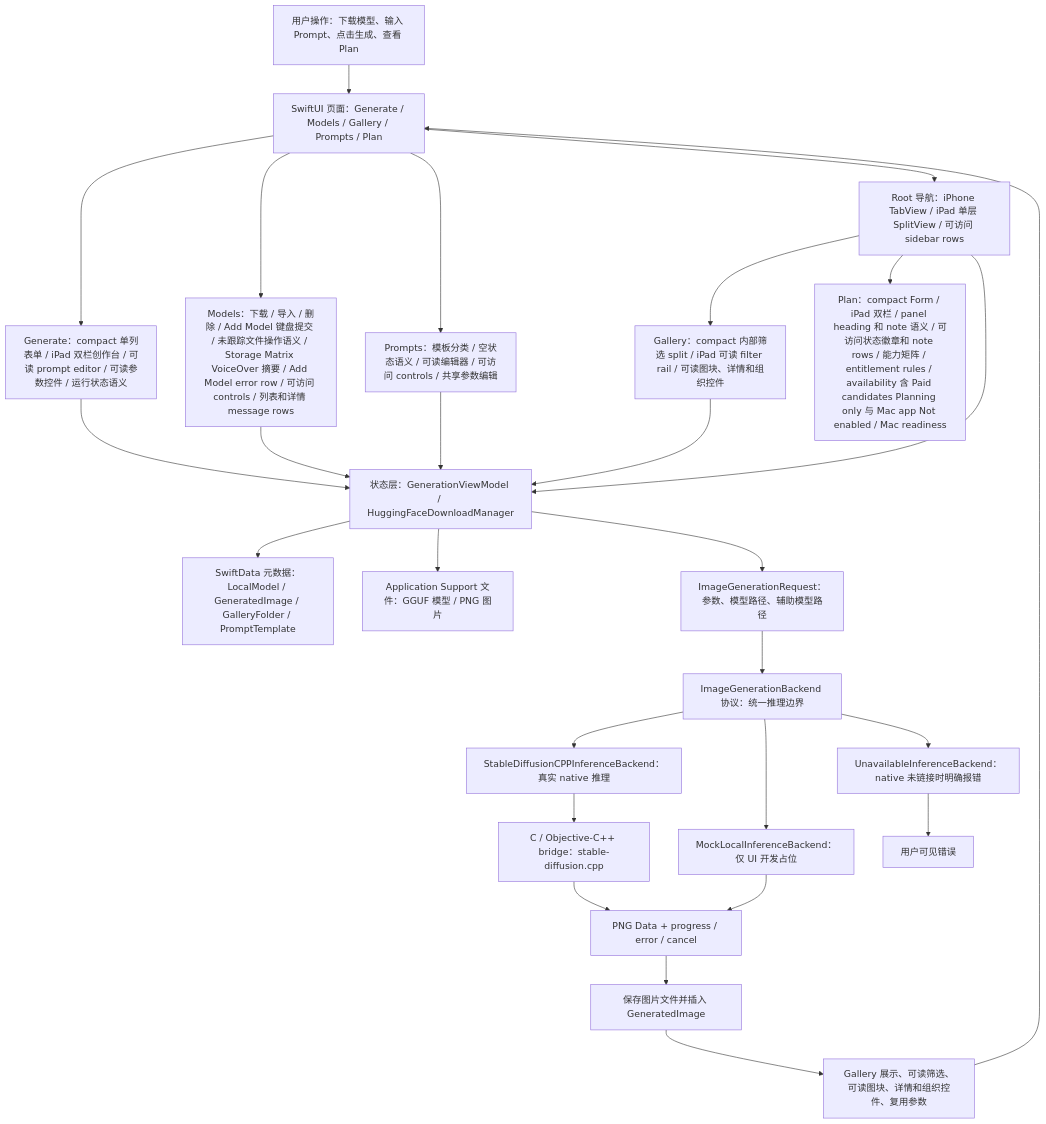
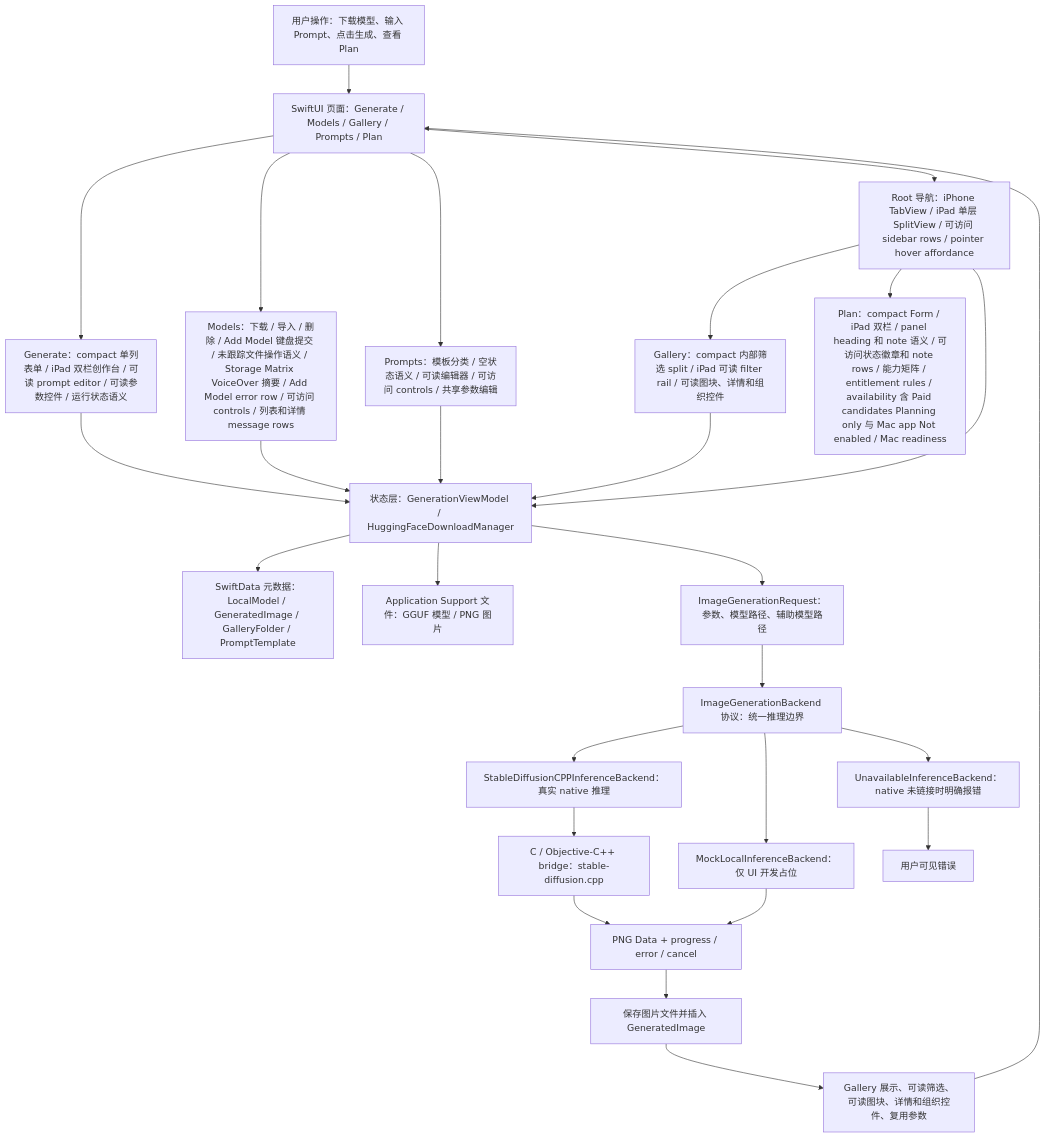
One commit to Altman-sam114/118 changed the first of 7 diagrams in md/flow/flowchart.md. Above: the diagram before and after it, drawn with Mermaid. The commit also changed 6 other files, not shown here.

First line of the commit message:
v1.34: iPad pointer hover baseline

````diff
--- a/md/flow/flowchart.md
+++ b/md/flow/flowchart.md
@@ -9,29 +9,29 @@
 ```mermaid
 flowchart TD
   U["用户操作：下载模型、输入 Prompt、点击生成、查看 Plan"] --> UI["SwiftUI 页面：Generate / Models / Gallery / Prompts / Plan"]
   UI --> GENUI["Generate：compact 单列表单 / iPad 双栏创作台 / 可读 prompt editor / 可读参数控件 / 运行状态语义"]
   UI --> MODELUI["Models：下载 / 导入 / 删除 / Add Model 键盘提交 / 未跟踪文件操作语义 / Storage Matrix VoiceOver 摘要 / Add Model error row / 可访问 controls / 列表和详情 message rows"]
   UI --> PROMPTUI["Prompts：模板分类 / 空状态语义 / 可读编辑器 / 可访问 controls / 共享参数编辑"]
-  UI --> NAV["Root 导航：iPhone TabView / iPad 单层 SplitView / 可访问 sidebar rows"]
+  UI --> NAV["Root 导航：iPhone TabView / iPad 单层 SplitView / 可访问 sidebar rows / pointer hover affordance"]
   NAV --> GALUI["Gallery：compact 内部筛选 split / iPad 可读 filter rail / 可读图块、详情和组织控件"]
   NAV --> PLANUI["Plan：compact Form / iPad 双栏 / panel heading 和 note 语义 / 可访问状态徽章和 note rows / 能力矩阵 / entitlement rules / availability 含 Paid candidates Planning only 与 Mac app Not enabled / Mac readiness"]
   NAV --> VM["状态层：GenerationViewModel / HuggingFaceDownloadManager"]
   GENUI --> VM
   MODELUI --> VM
   PROMPTUI --> VM
   GALUI --> VM
   VM --> SD["SwiftData 元数据：LocalModel / GeneratedImage / GalleryFolder / PromptTemplate"]
   VM --> FS["Application Support 文件：GGUF 模型 / PNG 图片"]
   VM --> REQ["ImageGenerationRequest：参数、模型路径、辅助模型路径"]
   REQ --> IFACE["ImageGenerationBackend 协议：统一推理边界"]
   IFACE --> NATIVE["StableDiffusionCPPInferenceBackend：真实 native 推理"]
   IFACE --> MOCK["MockLocalInferenceBackend：仅 UI 开发占位"]
   IFACE --> OFF["UnavailableInferenceBackend：native 未链接时明确报错"]
   NATIVE --> BRIDGE["C / Objective-C++ bridge：stable-diffusion.cpp"]
   BRIDGE --> PNG["PNG Data + progress / error / cancel"]
   MOCK --> PNG
   OFF --> ERR["用户可见错误"]
   PNG --> SAVE["保存图片文件并插入 GeneratedImage"]
   SAVE --> GALLERY["Gallery 展示、可读筛选、可读图块、详情和组织控件、复用参数"]
   GALLERY --> UI
 ```
````
